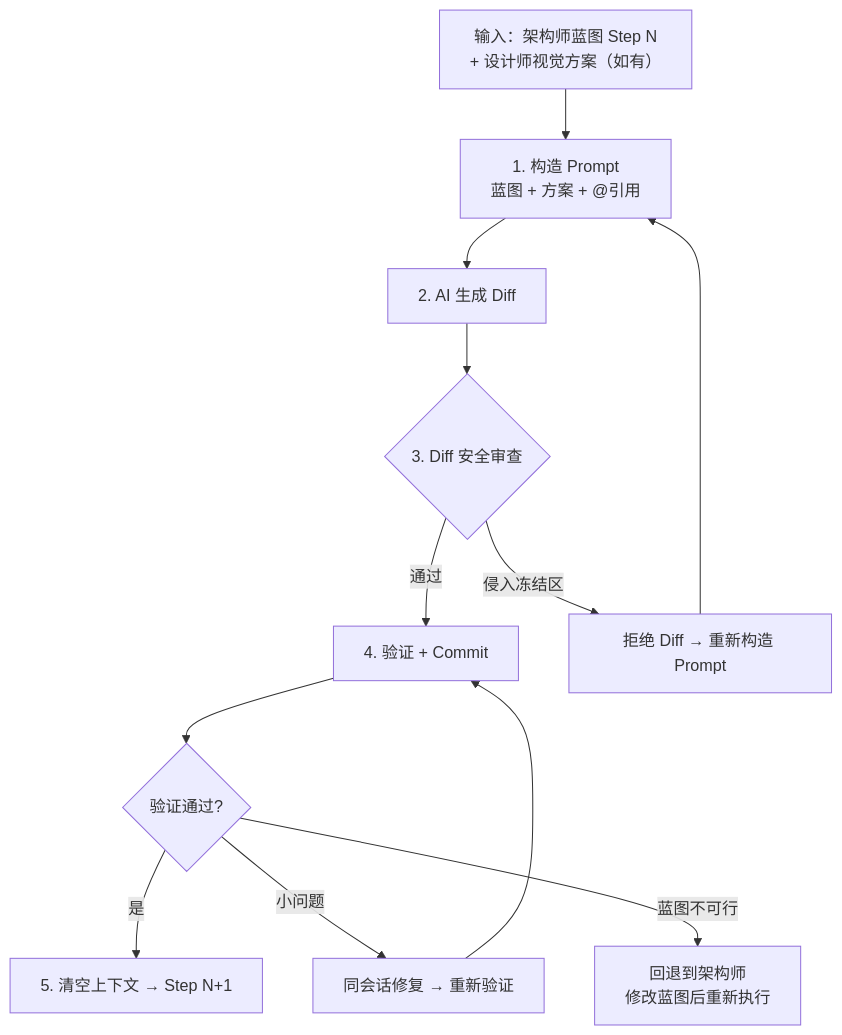
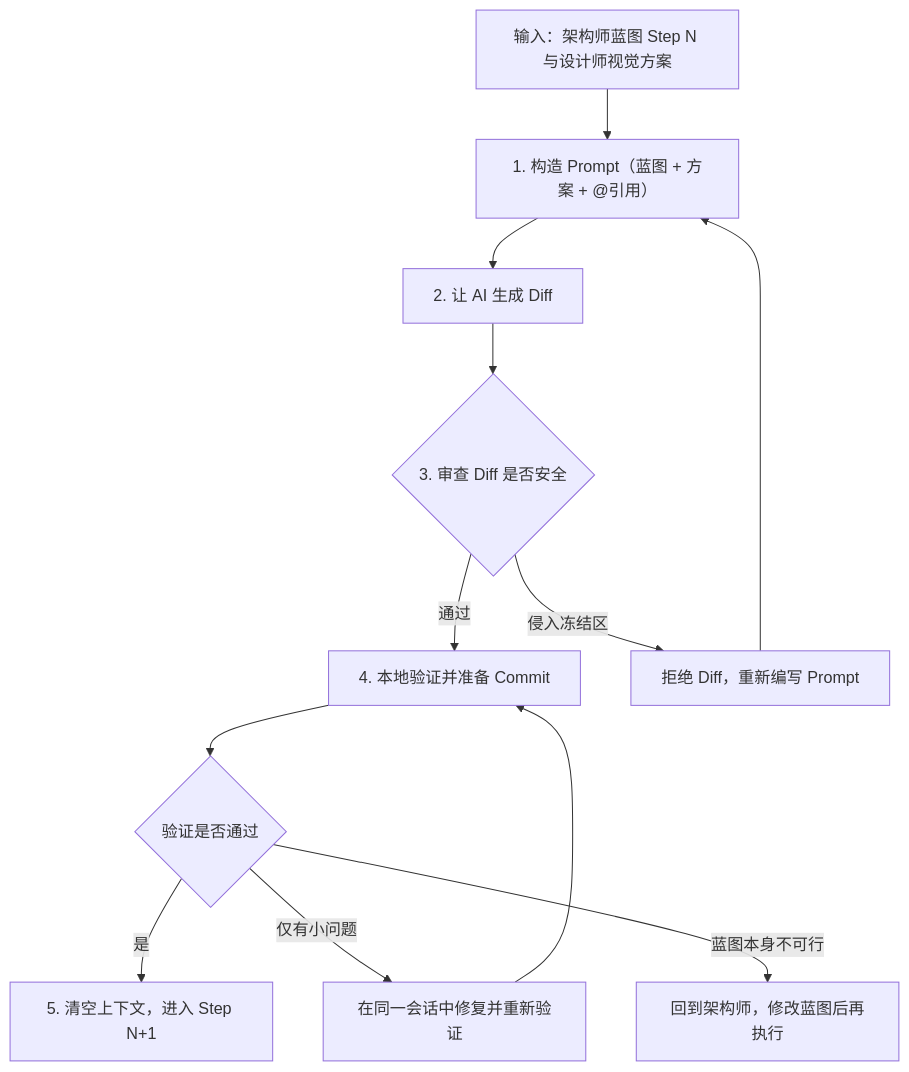
One commit to RyanXu-pop/robotPannel changed the diagram in workflow/04_executor_guide.md. Above: the diagram before and after it, drawn with Mermaid. The commit also changed 6 other files, not shown here.

First line of the commit message:
fix(docs): fix Mermaid syntax and normalize table formatting

````diff
--- a/workflow/04_executor_guide.md
+++ b/workflow/04_executor_guide.md
@@ -9,15 +9,15 @@
 ```mermaid
 flowchart TD
-    IN["输入：架构师蓝图 Step N<br/>+ 设计师视觉方案（如有）"] --> S1
-    S1["1. 构造 Prompt<br/>蓝图 + 方案 + @引用"] --> S2
-    S2["2. AI 生成 Diff"] --> S3
-    S3{"3. Diff 安全审查"}
-    S3 -->|"通过"| S4["4. 验证 + Commit"]
-    S3 -->|"侵入冻结区"| R1["拒绝 Diff → 重新构造 Prompt"]
+    IN["输入：架构师蓝图 Step N 与设计师视觉方案"] --> S1
+    S1["1. 构造 Prompt（蓝图 + 方案 + @引用）"] --> S2
+    S2["2. 让 AI 生成 Diff"] --> S3
+    S3{"3. 审查 Diff 是否安全"}
+    S3 -->|通过| S4["4. 本地验证并准备 Commit"]
+    S3 -->|侵入冻结区| R1["拒绝 Diff，重新编写 Prompt"]
     R1 --> S1
-    S4 --> S5{"验证通过?"}
-    S5 -->|"是"| S6["5. 清空上下文 → Step N+1"]
-    S5 -->|"小问题"| FIX["同会话修复 → 重新验证"]
+    S4 --> S5{"验证是否通过"}
+    S5 -->|是| S6["5. 清空上下文，进入 Step N+1"]
+    S5 -->|仅有小问题| FIX["在同一会话中修复并重新验证"]
     FIX --> S4
-    S5 -->|"蓝图不可行"| ESC["回退到架构师<br/>修改蓝图后重新执行"]
+    S5 -->|蓝图本身不可行| ESC["回到架构师，修改蓝图后再执行"]
 ```
````
